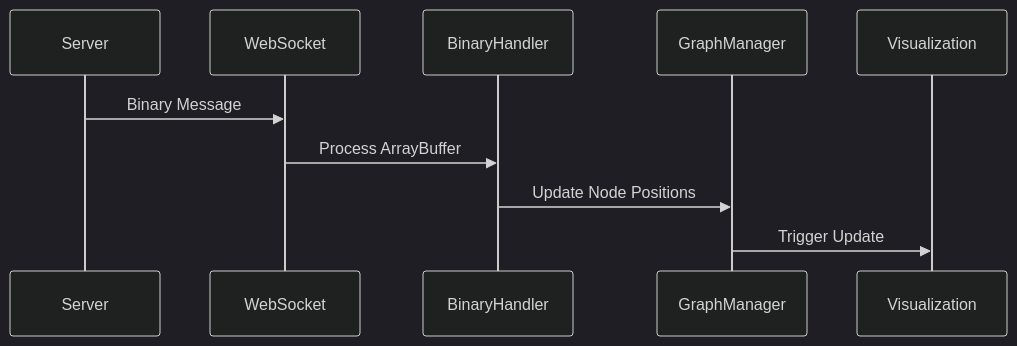
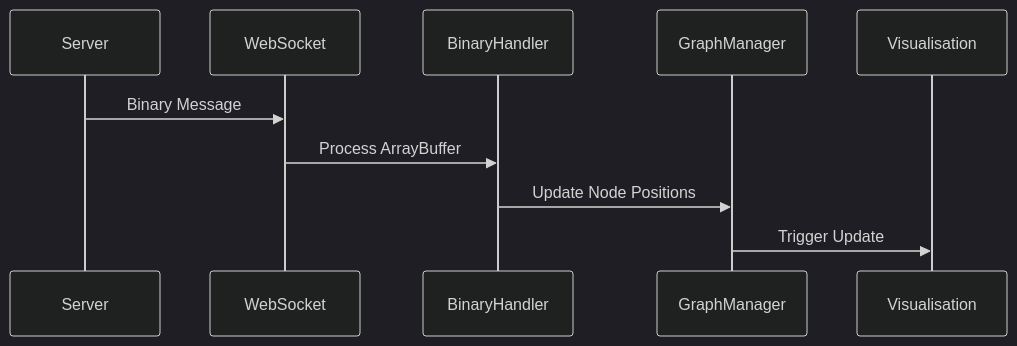
The second of 3 diagrams in docs/client/websocket.md (DreamLab-AI/VisionFlow), drawn with Mermaid (dark theme) before and after one commit. The commit also changed other lines of this file and 60 other files, not shown here.

````diff
--- a/docs/client/websocket.md
+++ b/docs/client/websocket.md
@@ -73,13 +73,13 @@
 ```mermaid
 sequenceDiagram
     participant Server
     participant WebSocket
     participant BinaryHandler
     participant GraphManager
-    participant Visualization
+    participant Visualisation
     
     Server->>WebSocket: Binary Message
     WebSocket->>BinaryHandler: Process ArrayBuffer
     BinaryHandler->>GraphManager: Update Node Positions
-    GraphManager->>Visualization: Trigger Update
+    GraphManager->>Visualisation: Trigger Update
 ```
````
